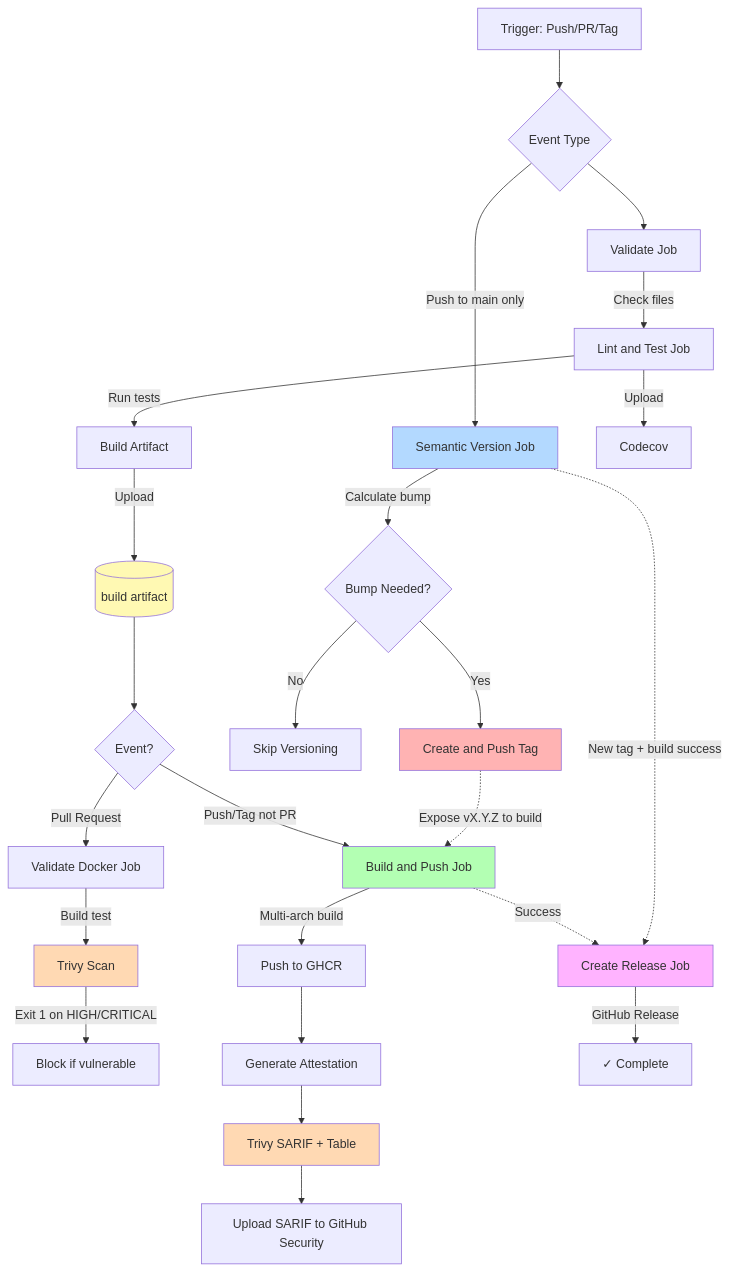
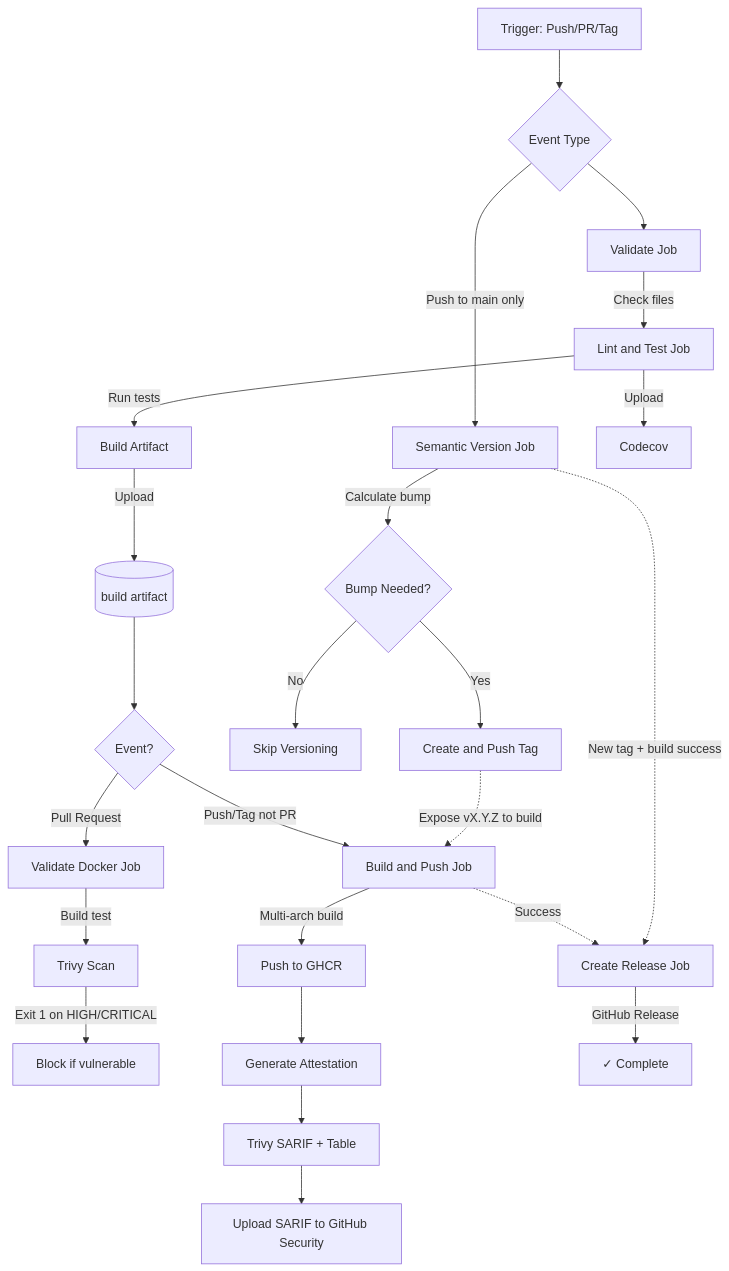
One commit to techquestsdev/blog changed the second of 2 diagrams in README.md. Above: the diagram before and after it, drawn with Mermaid.

Commit message:
docs[ci skip]: remove colors from graph

````diff
--- a/README.md
+++ b/README.md
@@ -249,40 +249,32 @@
 ```mermaid
 graph TB
     START[Trigger: Push/PR/Tag] --> SPLIT{Event Type}
 
     SPLIT -->|Push to main only| SV[Semantic Version Job]
     SV -->|Calculate bump| DECIDE{Bump Needed?}
     DECIDE -->|Yes| NEWTAG[Create and Push Tag]
     DECIDE -->|No| SKIP[Skip Versioning]
     NEWTAG -.->|Expose vX.Y.Z to build| DOCKERPUSH
 
     SPLIT --> VAL[Validate Job]
     VAL -->|Check files| LINT[Lint and Test Job]
     LINT -->|Run tests| BUILD[Build Artifact]
     BUILD -->|Upload| ARTIFACT[(build artifact)]
     LINT -->|Upload| COV[Codecov]
 
     ARTIFACT --> CHECK{Event?}
 
     CHECK -->|Pull Request| DOCKERVAL[Validate Docker Job]
     DOCKERVAL -->|Build test| TRIVY1[Trivy Scan]
     TRIVY1 -->|Exit 1 on HIGH/CRITICAL| PRBLOCK[Block if vulnerable]
 
     CHECK -->|Push/Tag not PR| DOCKERPUSH[Build and Push Job]
     DOCKERPUSH -->|Multi-arch build| PUSH[Push to GHCR]
     PUSH --> ATTEST[Generate Attestation]
     ATTEST --> TRIVY2[Trivy SARIF + Table]
     TRIVY2 --> UPLOAD[Upload SARIF to GitHub Security]
 
     SV -.->|New tag + build success| RELEASE[Create Release Job]
     DOCKERPUSH -.->|Success| RELEASE
     RELEASE -->|GitHub Release| DONE[✓ Complete]
-
-    style SV fill:#b3d9ff
-    style NEWTAG fill:#ffb3b3
-    style DOCKERPUSH fill:#b3ffb3
-    style RELEASE fill:#ffb3ff
-    style ARTIFACT fill:#fff9b3
-    style TRIVY1 fill:#ffd9b3
-    style TRIVY2 fill:#ffd9b3
 ```
````
